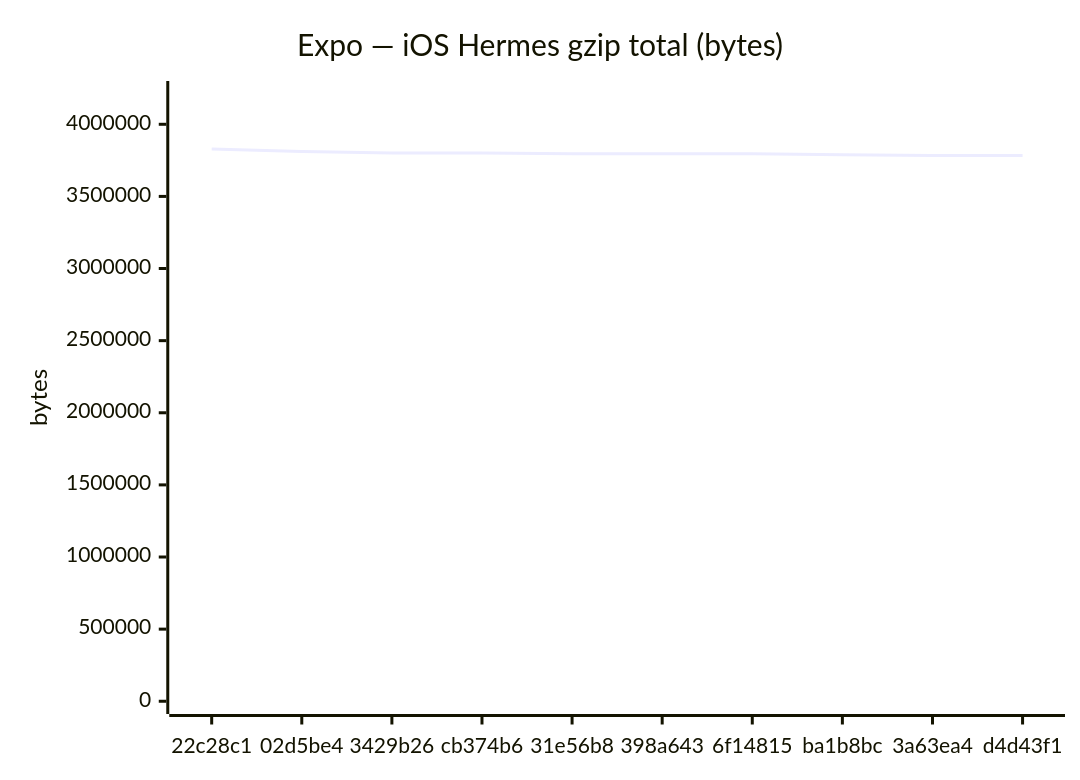
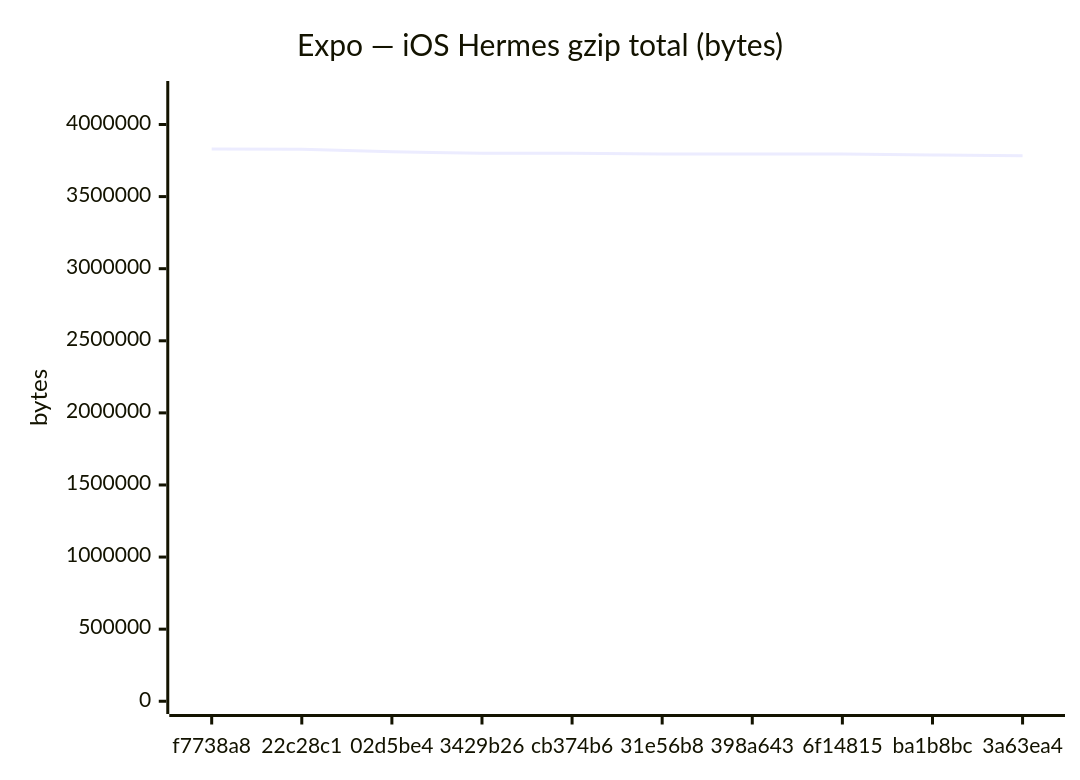
Before and after one commit to Metaheurist/Rianell: the sixth of 18 diagrams in benchmarks/compare.md, drawn with Mermaid. The commit also changed other lines of this file and 11 other files, not shown here.

````diff
--- a/benchmarks/compare.md
+++ b/benchmarks/compare.md
@@ -96,7 +96,7 @@
 ```mermaid
 xychart-beta
     title "Expo — iOS Hermes gzip total (bytes)"
-    x-axis ["22c28c1", "02d5be4", "3429b26", "cb374b6", "31e56b8", "398a643", "6f14815", "ba1b8bc", "3a63ea4", "d4d43f1"]
-    y-axis "bytes" 0 --> 4211700
-    line [3828818, 3810818, 3801309, 3801305, 3796002, 3796002, 3796005, 3788525, 3783517, 3783520]
+    x-axis ["f7738a8", "22c28c1", "02d5be4", "3429b26", "cb374b6", "31e56b8", "398a643", "6f14815", "ba1b8bc", "3a63ea4"]
+    y-axis "bytes" 0 --> 4213326
+    line [3830296, 3828818, 3810818, 3801309, 3801305, 3796002, 3796002, 3796005, 3788525, 3783517]
 ```
````
